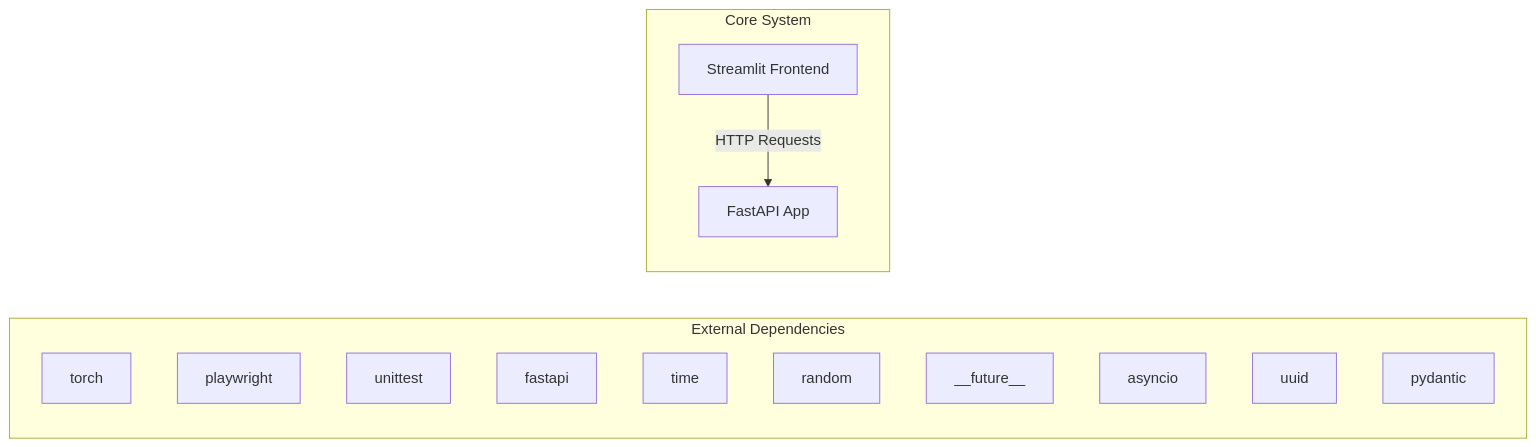
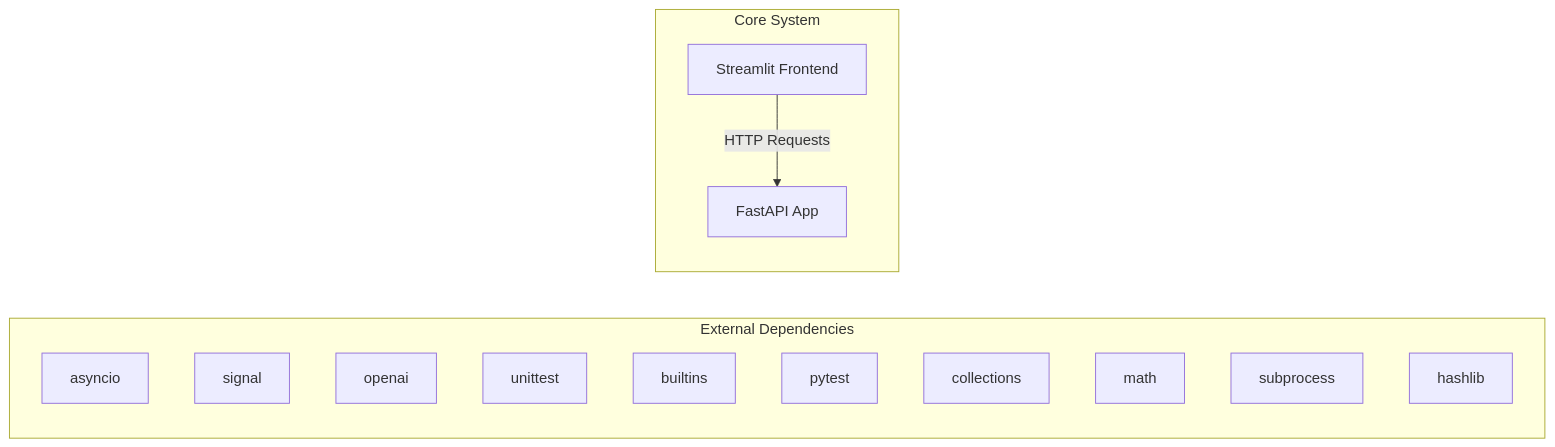
One commit to NITISH-R-G/rag-context-optimizer changed the first of 2 diagrams in docs/architecture.md. Above: the diagram before and after it, drawn with Mermaid. The commit also changed other lines of this file and 1 other file, not shown here.

Commit message:
docs: auto-update repository knowledge, architecture diagrams, and documentation

````diff
--- a/docs/architecture.md
+++ b/docs/architecture.md
@@ -7,20 +7,20 @@
 ```mermaid
 graph LR
     subgraph External Dependencies
-        E0["torch"]
-        E1["playwright"]
-        E2["unittest"]
-        E3["fastapi"]
-        E4["time"]
-        E5["random"]
-        E6["__future__"]
-        E7["asyncio"]
-        E8["uuid"]
-        E9["pydantic"]
+        E0["asyncio"]
+        E1["signal"]
+        E2["openai"]
+        E3["unittest"]
+        E4["builtins"]
+        E5["pytest"]
+        E6["collections"]
+        E7["math"]
+        E8["subprocess"]
+        E9["hashlib"]
     end
     subgraph Core System
         API["FastAPI App"]
         UI["Streamlit Frontend"]
     end
     UI -->|HTTP Requests| API
 ```
````
